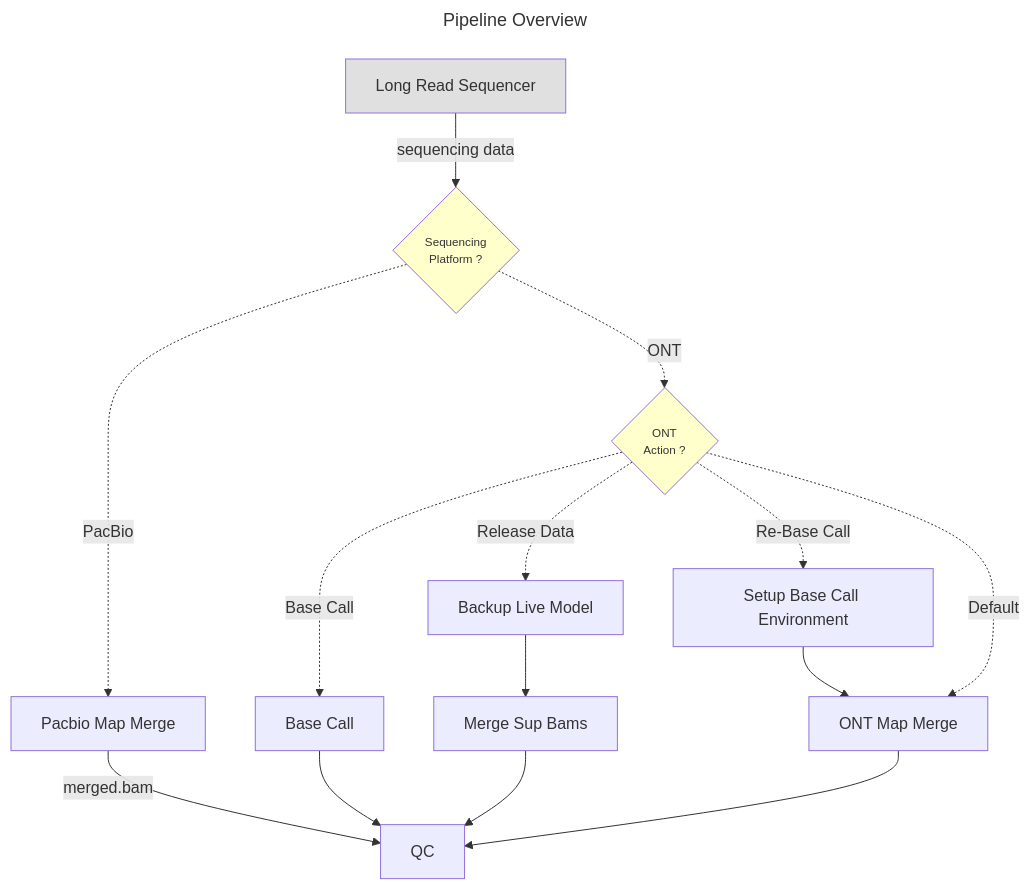
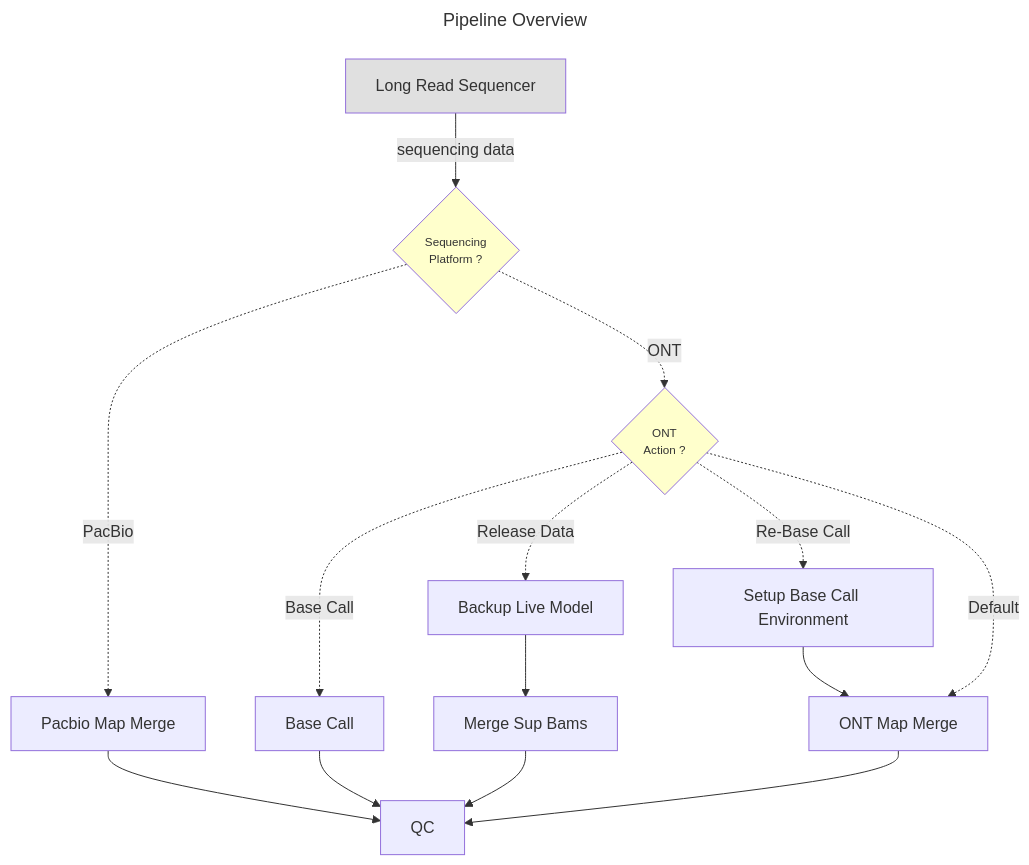
One commit to NickersonGenomeSciUW/nwgc-longread-map-merge-qc changed the diagram in README.md. Above: the diagram before and after it, drawn with Mermaid.

Commit message:
README.md - added mermaid pipeline overview diagram

````diff
--- a/README.md
+++ b/README.md
@@ -13,28 +13,27 @@
 ```mermaid
 ---
 title: Pipeline Overview
 ---
 flowchart TD
 A["Long Read Sequencer"] -- "sequencing data" --> B
 style A fill:#E0E0E0
 B@{shape: diamond, label: "Sequencing<BR>Platform ?"}
 style B fill:#ffffcc
 style B font-size:0.9em
 B -. "PacBio" .-> C
-C["Pacbio Map Merge"]
+C["Pacbio Map Merge"] --> E
 B -. "ONT" .-> D
 D@{shape: diamond, label: "ONT<BR>Action ?"}
 style D fill:#ffffcc
 style D font-size:0.9em
-C -- "merged.bam" --> E
 E["QC"]
 D -. "Base Call" .-> F
 F["Base Call"] --> E
 D -. "Release Data" .-> G
 G["Backup Live Model"] --> H
 H["Merge Sup Bams"] --> E
 D -. "Re-Base Call" .-> I
 I["Setup Base Call Environment"] --> J
 J["ONT Map Merge"] --> E
 D -. "Default" .-> J
 ```
````
